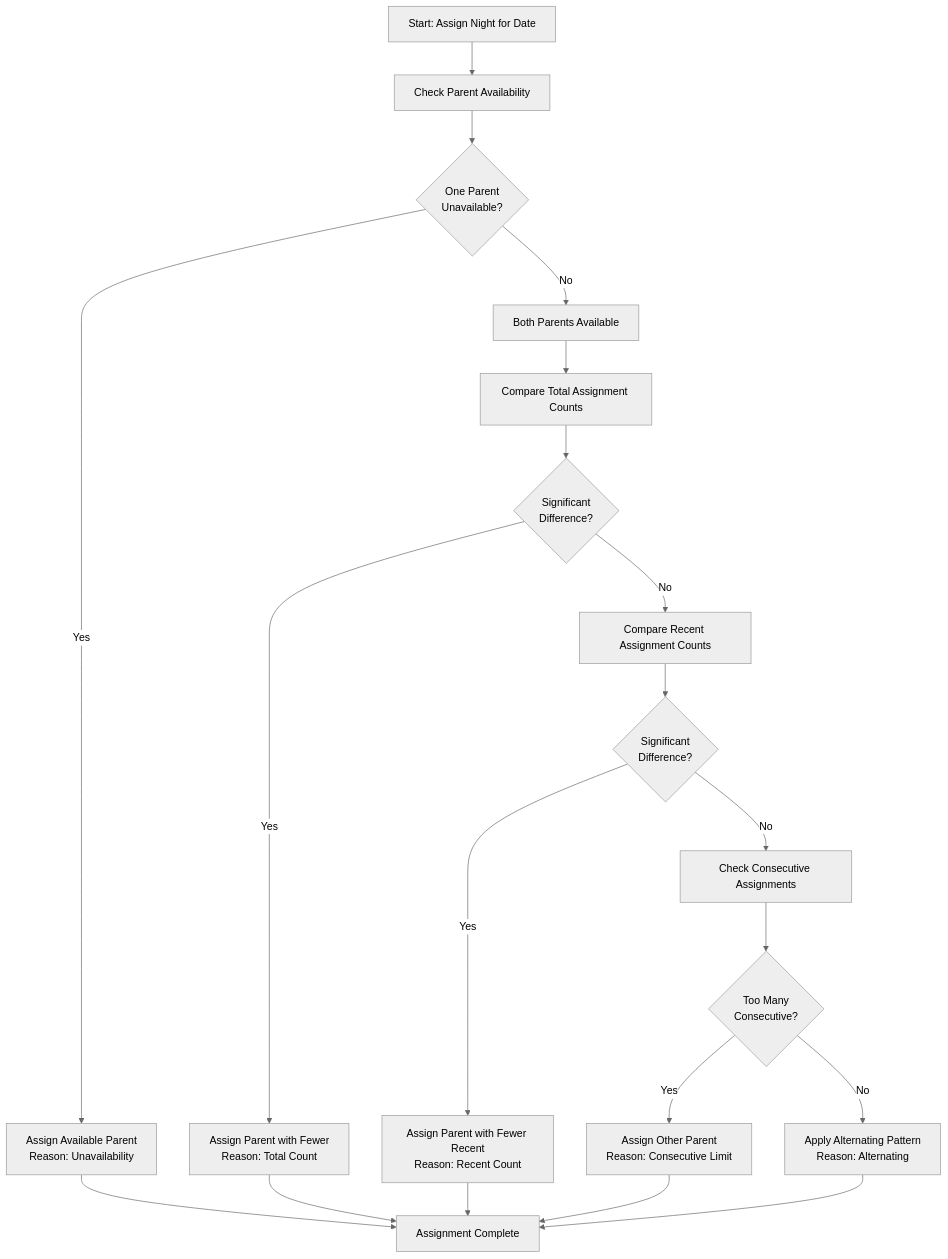
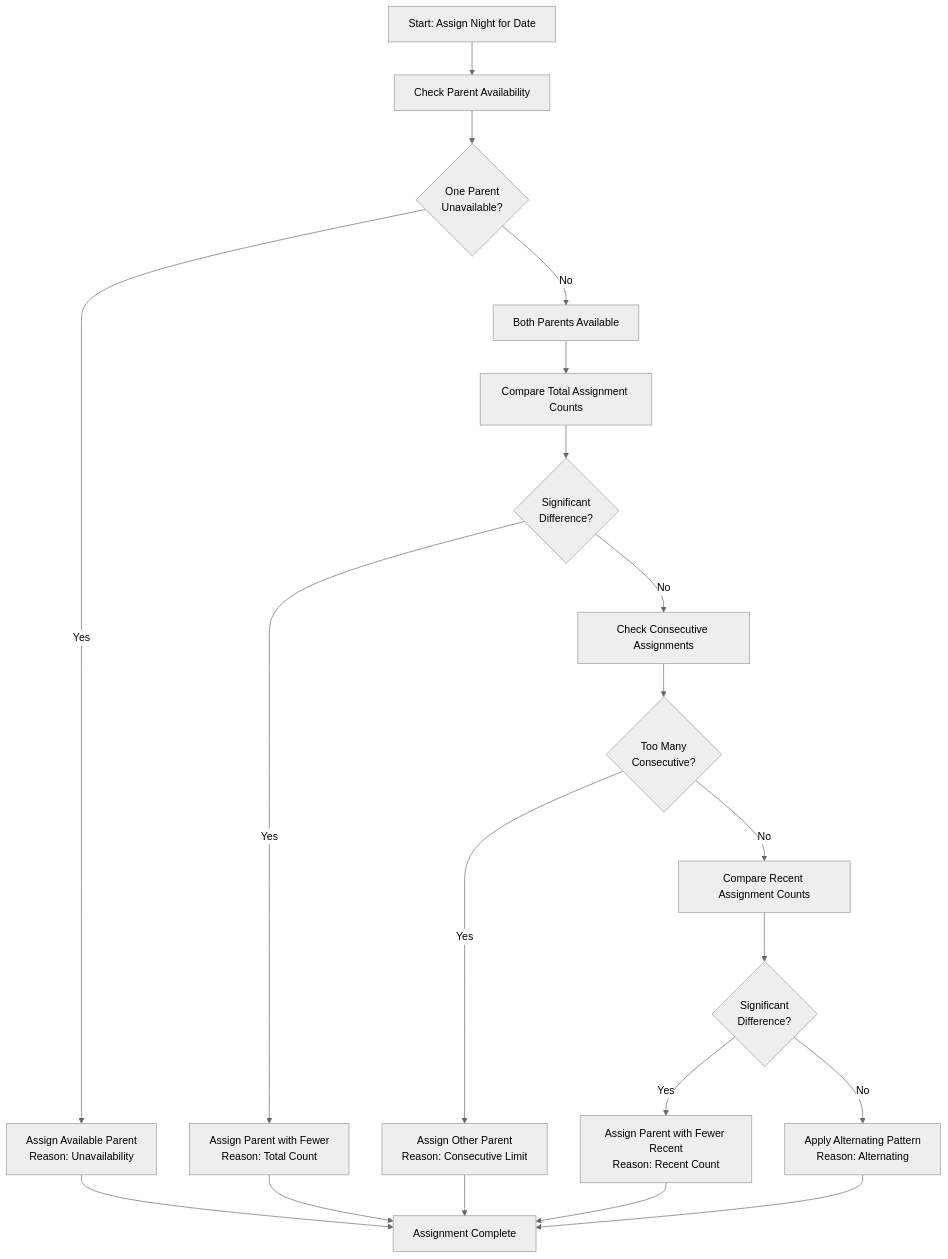
Before and after one commit to Belphemur/night-routine: the diagram in docs-site/architecture/assignment-logic.md, drawn with Mermaid (neutral theme). The commit also changed other lines of this file and 3 other files, not shown here.

````diff
--- a/docs-site/architecture/assignment-logic.md
+++ b/docs-site/architecture/assignment-logic.md
@@ -7,26 +7,26 @@
 ```mermaid
 flowchart TD
     Start[Start: Assign Night for Date] --> CheckAvail[Check Parent Availability]
     CheckAvail --> OneUnavail{One Parent<br/>Unavailable?}
     OneUnavail -->|Yes| AssignAvail[Assign Available Parent<br/>Reason: Unavailability]
     OneUnavail -->|No| BothAvail[Both Parents Available]
-    
+
     BothAvail --> CheckTotal[Compare Total Assignment Counts]
     CheckTotal --> TotalDiff{Significant<br/>Difference?}
     TotalDiff -->|Yes| AssignFewer[Assign Parent with Fewer<br/>Reason: Total Count]
-    TotalDiff -->|No| CheckRecent[Compare Recent Assignment Counts]
-    
+    TotalDiff -->|No| CheckConsec[Check Consecutive Assignments]
+
+    CheckConsec --> TooMany{Too Many<br/>Consecutive?}
+    TooMany -->|Yes| AssignOther[Assign Other Parent<br/>Reason: Consecutive Limit]
+    TooMany -->|No| CheckRecent[Compare Recent Assignment Counts]
+
     CheckRecent --> RecentDiff{Significant<br/>Difference?}
     RecentDiff -->|Yes| AssignFewerRecent[Assign Parent with Fewer Recent<br/>Reason: Recent Count]
-    RecentDiff -->|No| CheckConsec[Check Consecutive Assignments]
-    
-    CheckConsec --> TooMany{Too Many<br/>Consecutive?}
-    TooMany -->|Yes| AssignOther[Assign Other Parent<br/>Reason: Consecutive Limit]
-    TooMany -->|No| Alternate[Apply Alternating Pattern<br/>Reason: Alternating]
-    
+    RecentDiff -->|No| Alternate[Apply Alternating Pattern<br/>Reason: Alternating]
+
     AssignAvail --> End[Assignment Complete]
     AssignFewer --> End
     AssignFewerRecent --> End
     AssignOther --> End
     Alternate --> End
 ```
````
